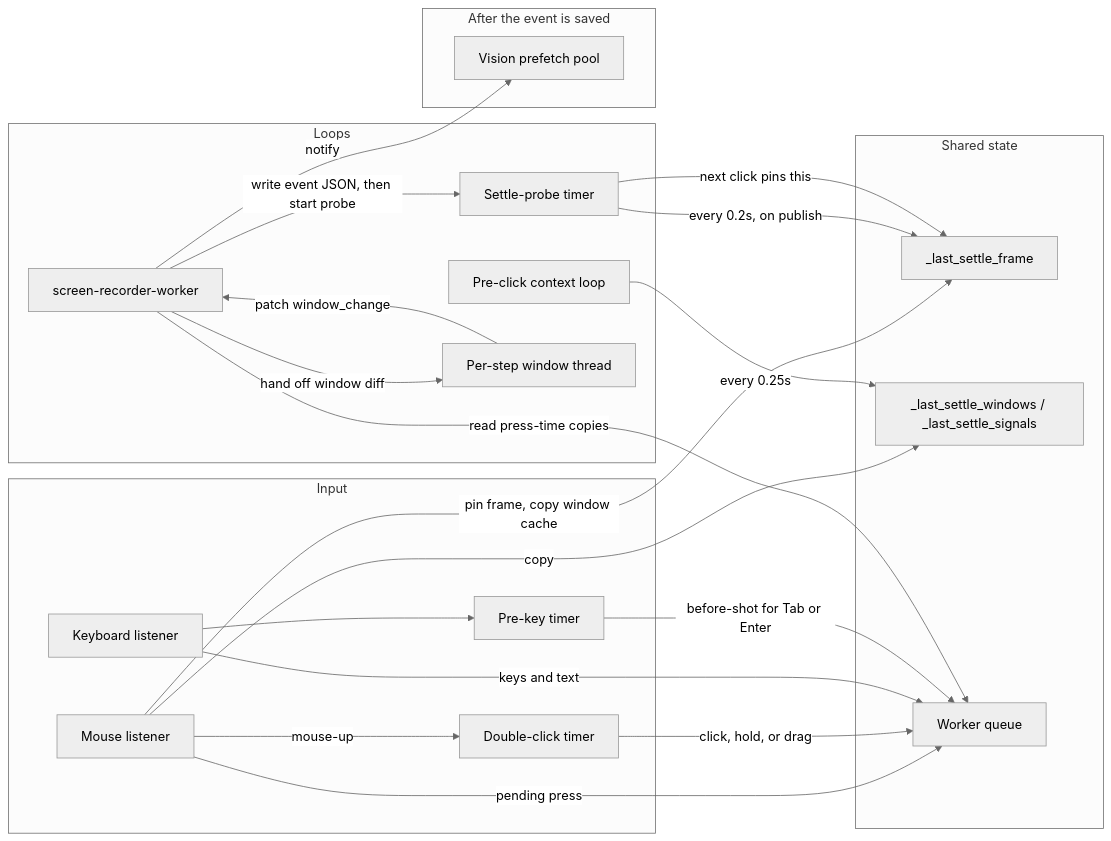
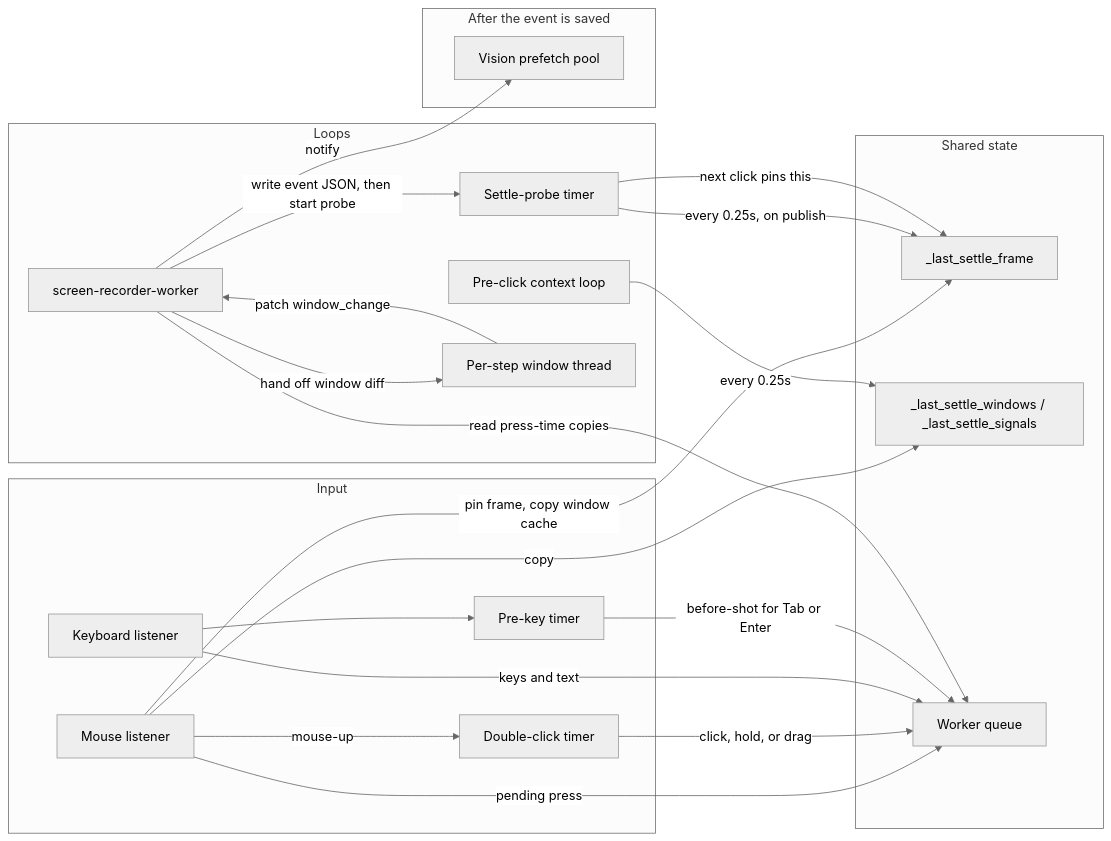
The first of 2 diagrams in RECORDING_LOOPS.md (josephorng/QualityAssuranceAgent), drawn with Mermaid (neutral theme) before and after one commit. The commit also changed other lines of this file and 3 other files, not shown here.

````diff
--- a/RECORDING_LOOPS.md
+++ b/RECORDING_LOOPS.md
@@ -7,44 +7,44 @@
 ```mermaid
 flowchart LR
   subgraph input [Input]
     Mouse[Mouse listener]
     Keys[Keyboard listener]
     ClickTimer[Double-click timer]
     KeyTimer[Pre-key timer]
   end
 
   subgraph shared [Shared state]
     Frame["_last_settle_frame"]
     Windows["_last_settle_windows / _last_settle_signals"]
     Queue[Worker queue]
   end
 
   subgraph loops [Loops]
     Probe[Settle-probe timer]
     Context[Pre-click context loop]
     Worker[screen-recorder-worker]
     WindowStep[Per-step window thread]
   end
 
   subgraph after [After the event is saved]
     Vision[Vision prefetch pool]
   end
 
   Mouse -->|pin frame, copy window cache| Frame
   Mouse -->|copy| Windows
   Mouse -->|pending press| Queue
   Mouse -->|mouse-up| ClickTimer
   ClickTimer -->|click, hold, or drag| Queue
   Keys -->|keys and text| Queue
   Keys --> KeyTimer
   KeyTimer -->|before-shot for Tab or Enter| Queue
 
   Context -->|every 0.25s| Windows
-  Probe -->|every 0.2s, on publish| Frame
+  Probe -->|every 0.25s, on publish| Frame
   Worker -->|read press-time copies| Queue
   Worker -->|write event JSON, then start probe| Probe
   Worker -->|hand off window diff| WindowStep
   WindowStep -->|patch window_change| Worker
   Worker -->|notify| Vision
   Probe -->|next click pins this| Frame
 ```
````
